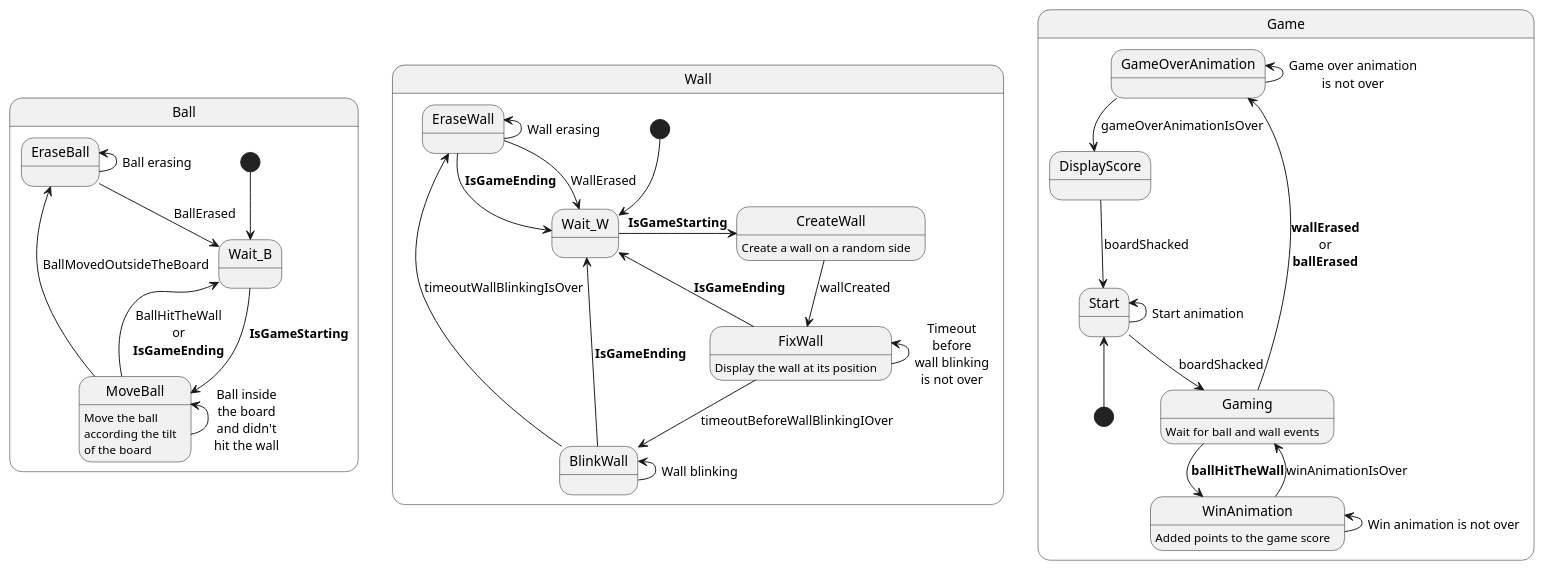
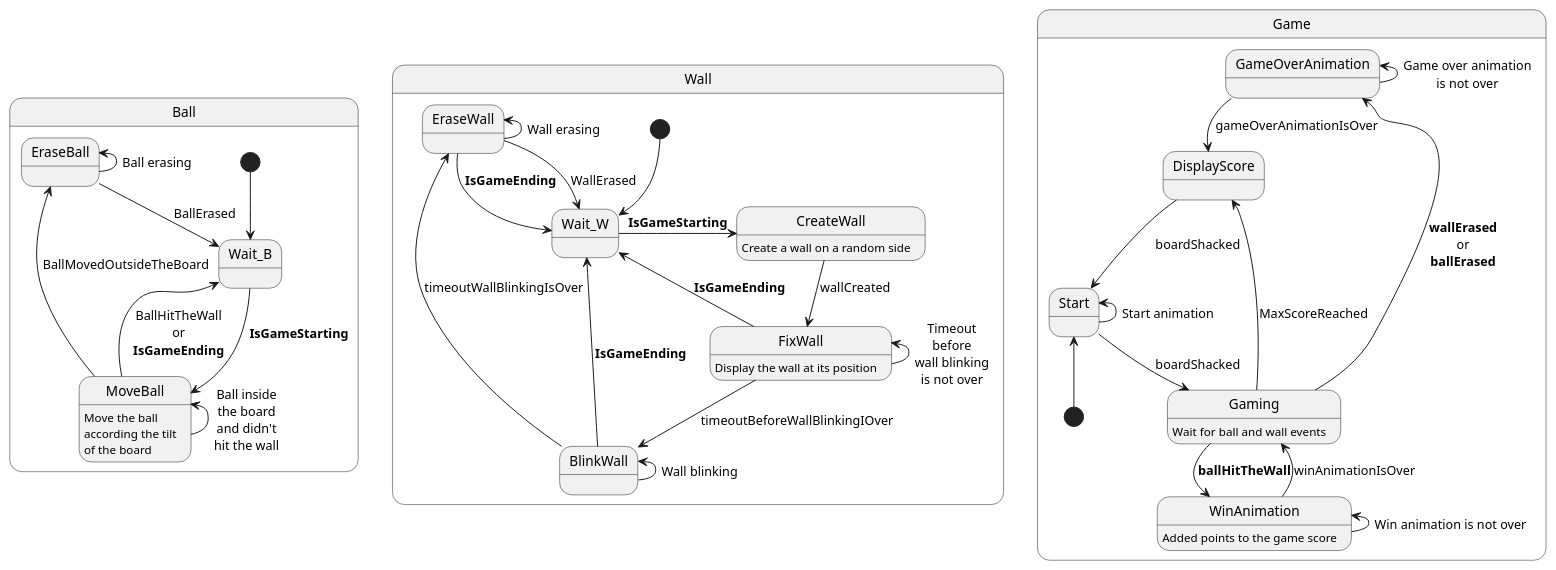
The diagram in Arduino-nano/LedsPong/LedsPong.puml (jebissey/GamesOfSkill), drawn with PlantUML before and after one commit. The commit also changed 5 other files, not shown here.

```diff
--- a/Arduino-nano/LedsPong/LedsPong.puml
+++ b/Arduino-nano/LedsPong/LedsPong.puml
@@ -1,61 +1,62 @@
 @startuml
 
 state Ball {
     [*] --> Wait_B
 
     Wait_B -> MoveBall : **IsGameStarting**
 
     MoveBall : Move the ball\naccording the tilt\nof the board
     MoveBall -up-> MoveBall : Ball inside\nthe board\nand didn't\nhit the wall
     MoveBall --> EraseBall :  BallMovedOutsideTheBoard
     MoveBall --> Wait_B : BallHitTheWall\nor\n**IsGameEnding**
 
     EraseBall -up-> EraseBall : Ball erasing
     EraseBall --> Wait_B : BallErased
 
 }
 
 state Wall {
     [*] --> Wait_W
         
     Wait_W -> CreateWall : **IsGameStarting**
 
     CreateWall : Create a wall on a random side
     CreateWall --> FixWall : wallCreated
 
     FixWall : Display the wall at its position
     FixWall -up-> FixWall : Timeout\nbefore\nwall blinking\nis not over
     FixWall --> BlinkWall : timeoutBeforeWallBlinkingIOver
     FixWall ->  Wait_W : **IsGameEnding**
     
     BlinkWall -up-> BlinkWall : Wall blinking
     BlinkWall --> EraseWall : timeoutWallBlinkingIsOver
     BlinkWall ->  Wait_W : **IsGameEnding**
 
     EraseWall -up-> EraseWall : Wall erasing
     EraseWall --> Wait_W : WallErased
     EraseWall ->  Wait_W : **IsGameEnding**
 }
 
 state Game {
     [*] -up-> Start
 
     Start --> Gaming : boardShacked
     Start -up-> Start : Start animation
 
     Gaming : Wait for ball and wall events
     Gaming --> GameOverAnimation : **wallErased**\nor\n**ballErased**
+    Gaming --> DisplayScore : MaxScoreReached
 
     Gaming --> WinAnimation : **ballHitTheWall**
 
     WinAnimation : Added points to the game score
     WinAnimation -up-> WinAnimation : Win animation is not over
     WinAnimation --> Gaming : winAnimationIsOver
 
     GameOverAnimation -up-> GameOverAnimation : Game over animation\nis not over
     GameOverAnimation --> DisplayScore : gameOverAnimationIsOver
 
     DisplayScore --> Start : boardShacked
 }
 
 @enduml
```
